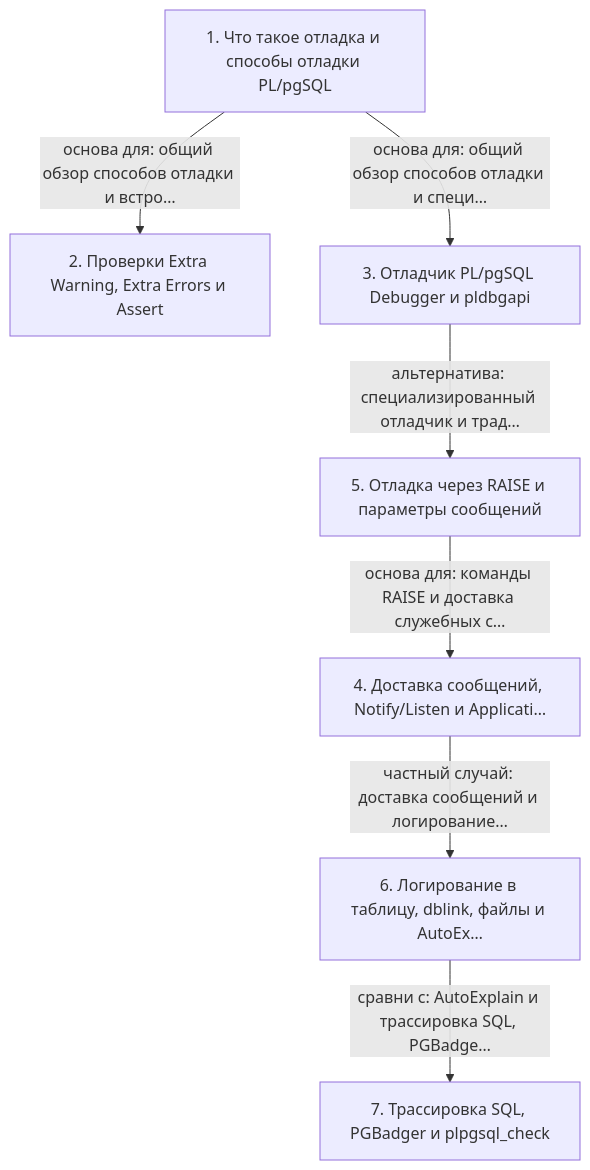
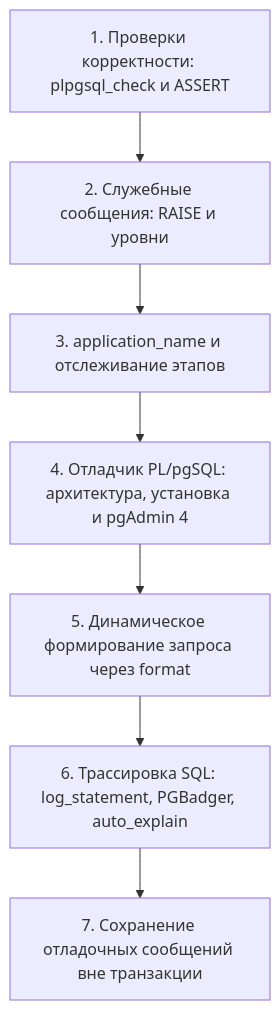
One commit to AsoloCode/notes changed the diagram in postgres-dev1/19 - DEV1-16. 18. Отладка/notes.md. Above: the diagram before and after it, drawn with Mermaid. The commit also changed other lines of this file and 503 other files, not shown here.

First line of the commit message:
Обновить конспекты PostgreSQL (QPT-16, DEV1-16): слайды, схемы, факт-чек

````diff
--- a/postgres-dev1/19 - DEV1-16. 18. Отладка/notes.md
+++ b/postgres-dev1/19 - DEV1-16. 18. Отладка/notes.md
@@ -93,16 +615,16 @@
 ```mermaid
 flowchart TD
-    n1["1. Что такое отладка и способы отладки PL/pgSQL"]
-    n2["2. Проверки Extra Warning, Extra Errors и Assert"]
-    n3["3. Отладчик PL/pgSQL Debugger и pldbgapi"]
-    n4["4. Доставка сообщений, Notify/Listen и Applicati…"]
-    n5["5. Отладка через RAISE и параметры сообщений"]
-    n6["6. Логирование в таблицу, dblink, файлы и AutoEx…"]
-    n7["7. Трассировка SQL, PGBadger и plpgsql_check"]
-    n1 -->|основа для: общий обзор способов отладки и встро…| n2
-    n1 -->|основа для: общий обзор способов отладки и специ…| n3
-    n3 -->|альтернатива: специализированный отладчик и трад…| n5
-    n5 -->|основа для: команды RAISE и доставка служебных с…| n4
-    n4 -->|частный случай: доставка сообщений и логирование…| n6
-    n6 -->|сравни с: AutoExplain и трассировка SQL, PGBadge…| n7
+    n1["1. Проверки корректности: plpgsql_check и ASSERT"]
+    n2["2. Служебные сообщения: RAISE и уровни"]
+    n3["3. application_name и отслеживание этапов"]
+    n4["4. Отладчик PL/pgSQL: архитектура, установка и pgAdmin 4"]
+    n5["5. Динамическое формирование запроса через format"]
+    n6["6. Трассировка SQL: log_statement, PGBadger, auto_explain"]
+    n7["7. Сохранение отладочных сообщений вне транзакции"]
+    n1 --> n2
+    n2 --> n3
+    n3 --> n4
+    n4 --> n5
+    n5 --> n6
+    n6 --> n7
 ```
````
